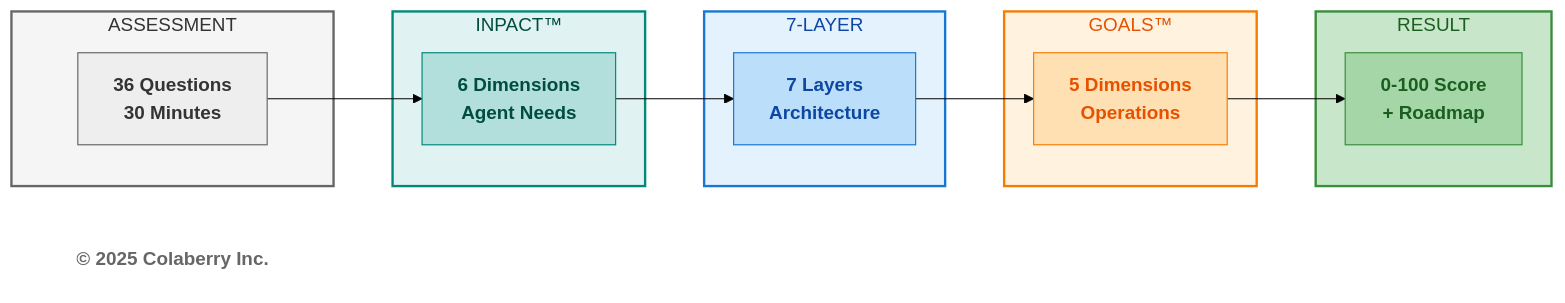
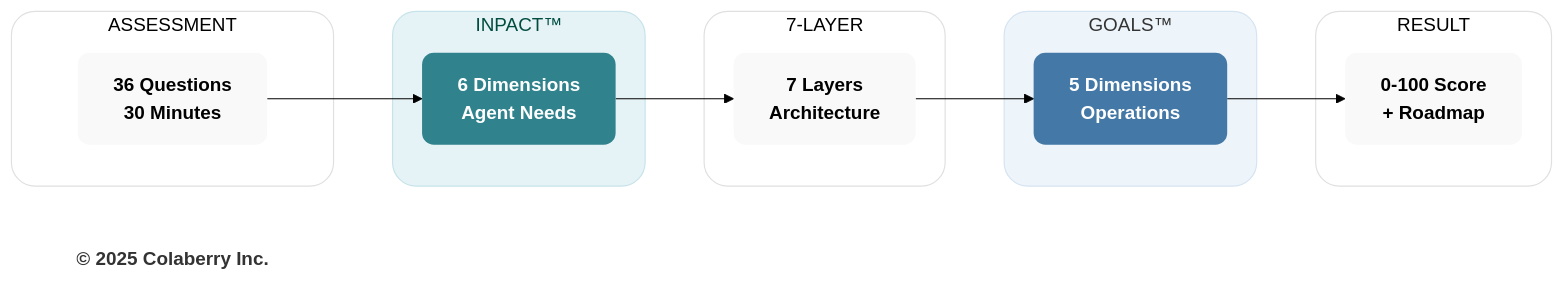
The second of 6 diagrams in manuscript/10_chapter_9_measuring_agent_readiness.md (saitejesh-cyber/trust-before-intelligence-book), drawn with Mermaid (forest theme) before and after one commit. The commit also changed other lines of this file and 7 other files, not shown here.

Commit message:
Chapter 6to13: Updated mermaid diagrams based on new colaberry color code

````diff
--- a/manuscript/10_chapter_9_measuring_agent_readiness.md
+++ b/manuscript/10_chapter_9_measuring_agent_readiness.md
@@ -87,38 +87,38 @@
 ```mermaid
 graph LR
     subgraph ASSESS["ASSESSMENT"]
         A1["<b>36 Questions</b><br/><b>30 Minutes</b>"]
     end
     
     subgraph INPACT["INPACT™"]
         I1["<b>6 Dimensions</b><br/><b>Agent Needs</b>"]
     end
     
     subgraph ARCH["7-LAYER"]
         A2["<b>7 Layers</b><br/><b>Architecture</b>"]
     end
     
     subgraph GOALS["GOALS™"]
         G1["<b>5 Dimensions</b><br/><b>Operations</b>"]
     end
     
     subgraph RESULT["RESULT"]
         R1["<b>0-100 Score</b><br/><b>+ Roadmap</b>"]
     end
     
     A1 --> I1 --> A2 --> G1 --> R1
     
     Copyright["<b>© 2025 Colaberry Inc.</b>"]
     
-    style ASSESS fill:#f5f5f5,stroke:#666666,stroke-width:2px,color:#333333
-    style INPACT fill:#e0f2f1,stroke:#00897b,stroke-width:2px,color:#004d40
-    style ARCH fill:#e3f2fd,stroke:#1976d2,stroke-width:2px,color:#0d47a1
-    style GOALS fill:#fff3e0,stroke:#f57c00,stroke-width:2px,color:#e65100
-    style RESULT fill:#c8e6c9,stroke:#388e3c,stroke-width:2px,color:#1b5e20
-    style A1 fill:#eeeeee,stroke:#666666,color:#333333
-    style I1 fill:#b2dfdb,stroke:#00897b,color:#004d40
-    style A2 fill:#bbdefb,stroke:#1976d2,color:#0d47a1
-    style G1 fill:#ffe0b2,stroke:#f57c00,color:#e65100
-    style R1 fill:#a5d6a7,stroke:#388e3c,color:#1b5e20
-    style Copyright fill:#ffffff,stroke:none,color:#666666
+    style ASSESS fill:#ffffff,stroke:#e0e0e0,stroke-width:1px,color:#000000,rx:20,ry:20
+    style INPACT fill:#e6f3f6,stroke:#c7e3ea,stroke-width:1px,color:#004d40,rx:20,ry:20
+    style ARCH fill:#ffffff,stroke:#e0e0e0,stroke-width:1px,color:#000000,rx:20,ry:20
+    style GOALS fill:#edf4fa,stroke:#d6e4f2,stroke-width:1px,color:#333333,rx:20,ry:20
+    style RESULT fill:#ffffff,stroke:#e0e0e0,stroke-width:1px,color:#000000,rx:20,ry:20
+    style A1 fill:#f9f9f9,stroke:none,color:#000000,rx:10,ry:10
+    style I1 fill:#30838C,stroke:none,color:#ffffff,rx:10,ry:10
+    style A2 fill:#f9f9f9,stroke:none,color:#000000,rx:10,ry:10
+    style G1 fill:#4478A6,stroke:none,color:#ffffff,rx:10,ry:10
+    style R1 fill:#f9f9f9,stroke:none,color:#000000,rx:10,ry:10
+    style Copyright fill:none,stroke:none,color:#333333
 ```
````
